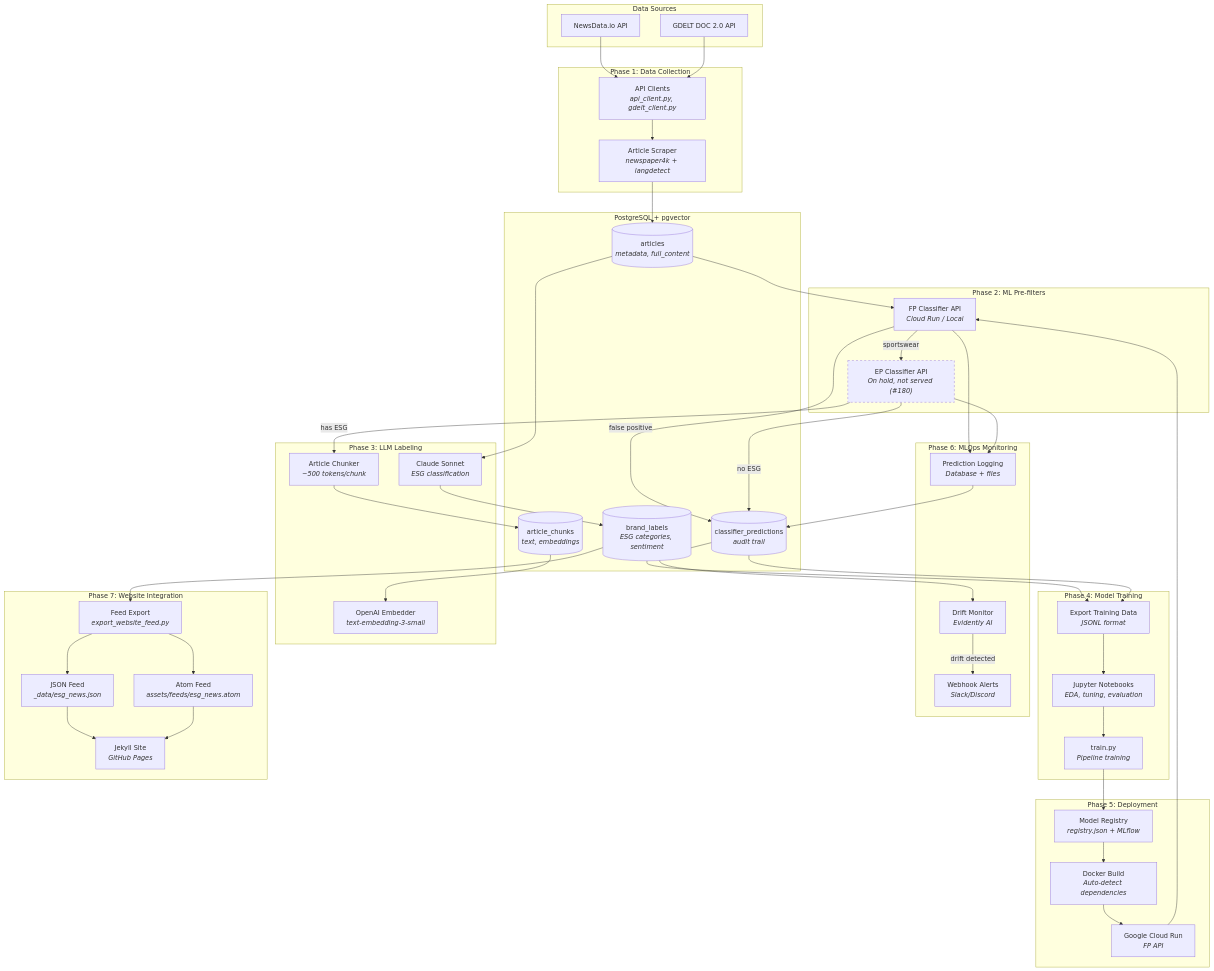
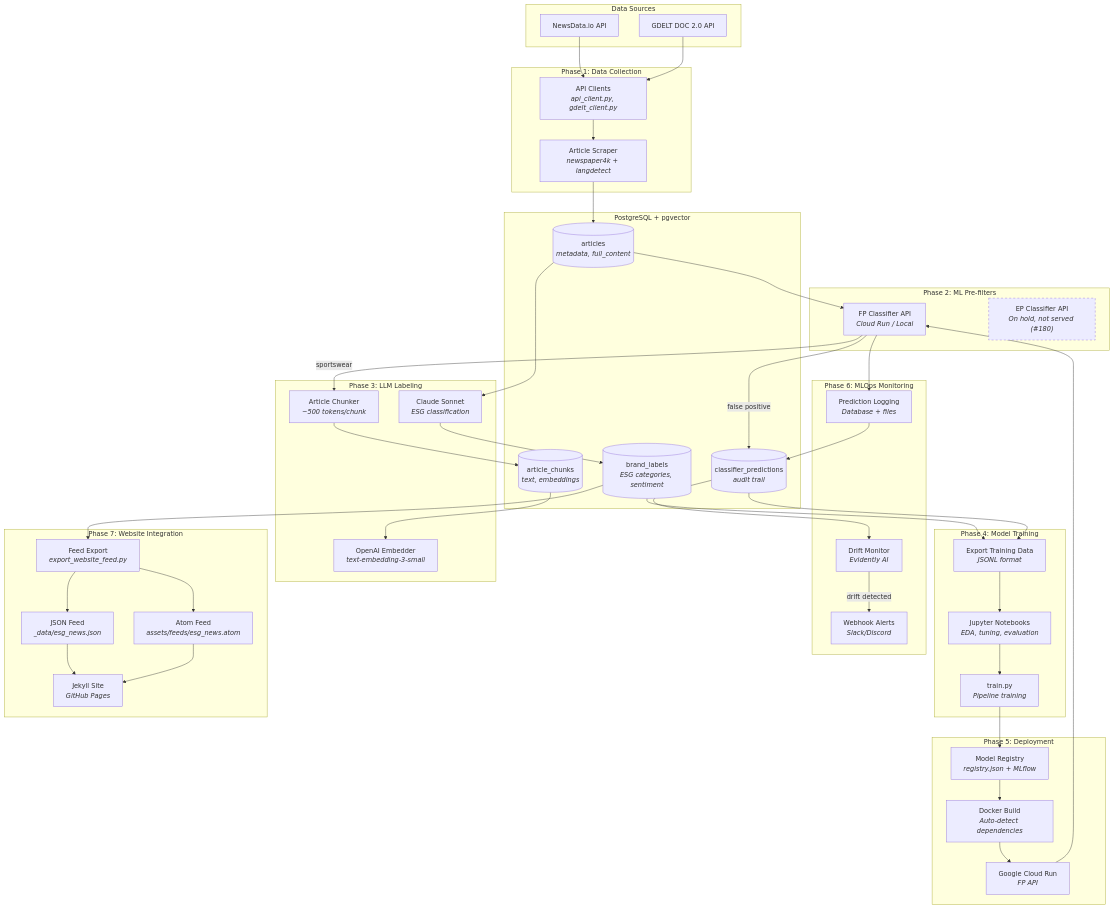
The diagram in README.md (frederick-douglas-pearce/sportswear-esg-news-classifier), drawn with Mermaid before and after one commit. The commit also changed other lines of this file and 10 other files, not shown here.

````diff
--- a/README.md
+++ b/README.md
@@ -191,10 +191,8 @@
 
     %% Pre-filter Flow
     articles --> fp_api
-    fp_api -->|"sportswear"| ep_api
+    fp_api -->|"sportswear"| chunker
     fp_api -->|"false positive"| predictions
-    ep_api -->|"has ESG"| chunker
-    ep_api -->|"no ESG"| predictions
 
     %% Labeling Flow
     chunker --> chunks
@@ -216,7 +214,6 @@
 
     %% Monitoring Flow
     fp_api --> pred_logs
-    ep_api --> pred_logs
     pred_logs --> predictions
     predictions --> drift
     drift -->|"drift detected"| alerts
@@ -228,6 +225,6 @@
     json_feed --> jekyll
     atom_feed --> jekyll
 
-    %% Styling for pending deployment
+    %% Styling for EP on hold (#180): no edges, not served
     style ep_api stroke-dasharray: 5 5
 ```
````
